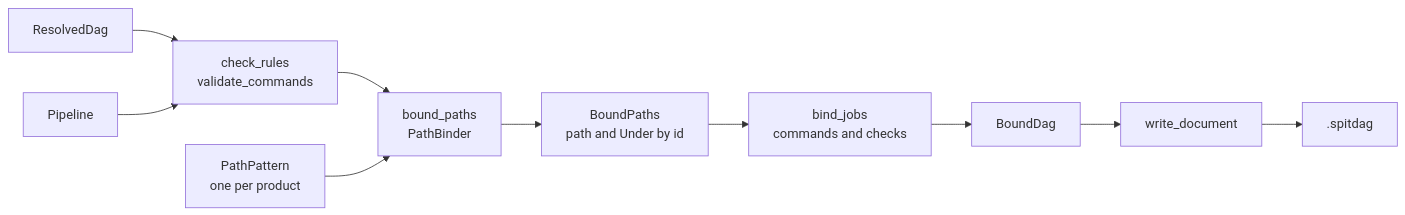
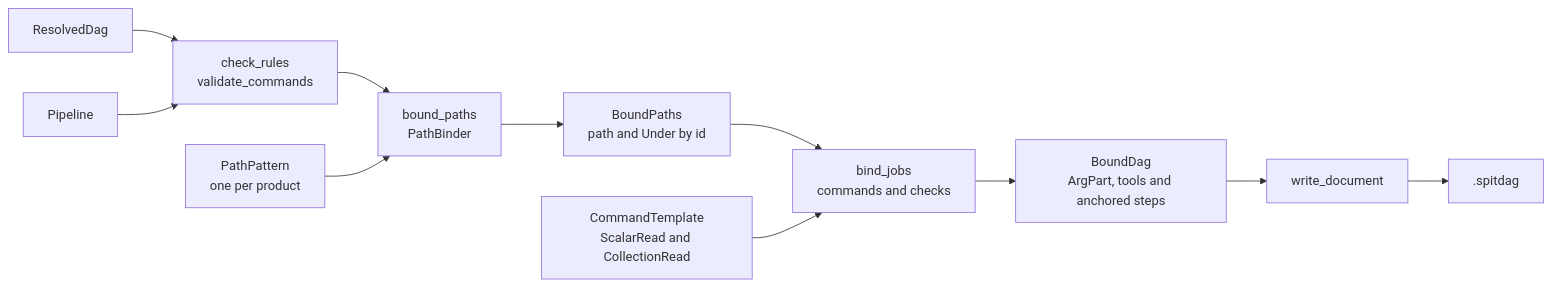
Before and after one commit to eclnz/spit: the diagram in docs/architecture/binding.md, drawn with Mermaid. The commit also changed other lines of this file and 78 other files, not shown here.

````diff
--- a/docs/architecture/binding.md
+++ b/docs/architecture/binding.md
@@ -5,12 +5,13 @@
 ```mermaid
 flowchart LR
     dag["ResolvedDag"] --> rules["check_rules<br/>validate_commands"]
     pipeline["Pipeline"] --> rules
     rules --> paths["bound_paths<br/>PathBinder"]
     paths --> boundpaths["BoundPaths<br/>path and Under by id"]
     pattern["PathPattern<br/>one per product"] --> paths
     boundpaths --> jobs["bind_jobs<br/>commands and checks"]
-    jobs --> bound["BoundDag"]
+    template["CommandTemplate<br/>ScalarRead and CollectionRead"] --> jobs
+    jobs --> bound["BoundDag<br/>ArgPart, tools and anchored steps"]
     bound --> write["write_document"]
     write --> file[".spitdag"]
 ```
````
